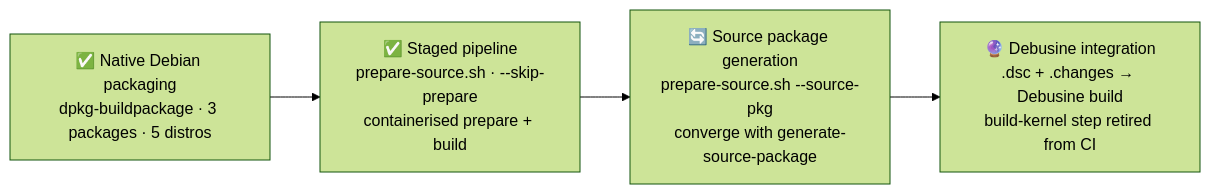
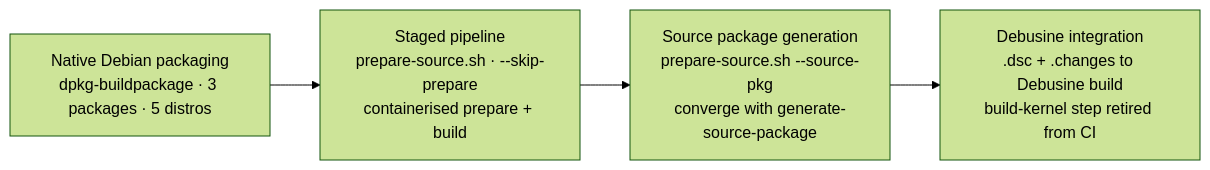
One commit to qualcomm-linux/pkg-linux-qcom changed the second of 2 diagrams in README.md. Above: the diagram before and after it, drawn with Mermaid (forest theme). The commit also changed other lines of this file, not shown here.

First line of the commit message:
docs: update README to reflect build-kernel-deb pipeline state

````diff
--- a/README.md
+++ b/README.md
@@ -220,7 +220,7 @@
 ```mermaid
 flowchart LR
-    A["✅ Native Debian packaging\ndpkg-buildpackage · 3 packages · 5 distros"] --> B
-    B["✅ Staged pipeline\nprepare-source.sh · --skip-prepare\ncontainerised prepare + build"] --> C
-    C["🔄 Source package generation\nprepare-source.sh --source-pkg\nconverge with generate-source-package"] --> D
-    D["🔮 Debusine integration\n.dsc + .changes → Debusine build\nbuild-kernel step retired from CI"]
+    A["Native Debian packaging\ndpkg-buildpackage · 3 packages · 5 distros"] --> B
+    B["Staged pipeline\nprepare-source.sh · --skip-prepare\ncontainerised prepare + build"] --> C
+    C["Source package generation\nprepare-source.sh --source-pkg\nconverge with generate-source-package"] --> D
+    D["Debusine integration\n.dsc + .changes to Debusine build\nbuild-kernel step retired from CI"]
 ```
````
